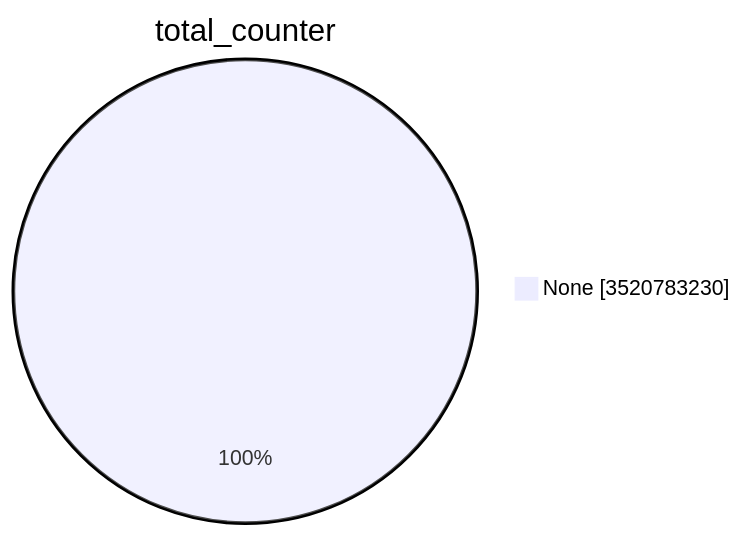
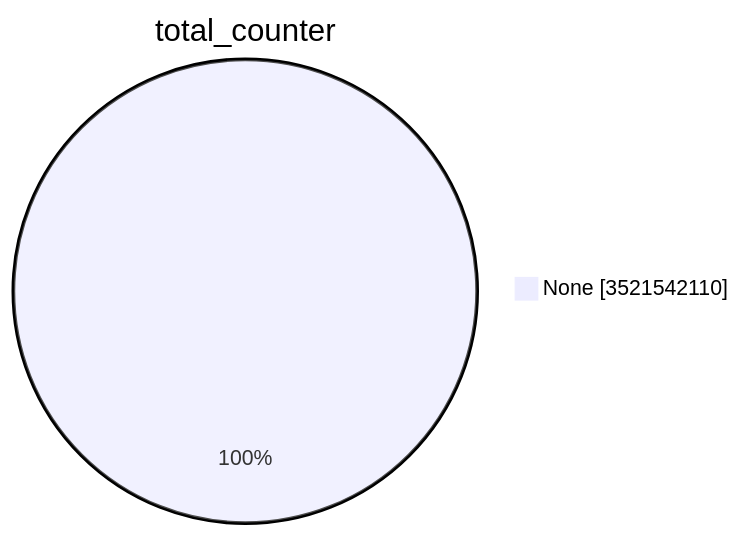
Before and after one commit to christiankrug/ctmonitor_visualization: the first of 15 diagrams in TOTAL/README.md, drawn with Mermaid. The commit also changed other lines of this file, not shown here.

````diff
--- a/TOTAL/README.md
+++ b/TOTAL/README.md
@@ -1,5 +1,5 @@
 ```mermaid
 pie showData
 title total_counter
-"None" :3520783230
+"None" :3521542110
 ```
````
